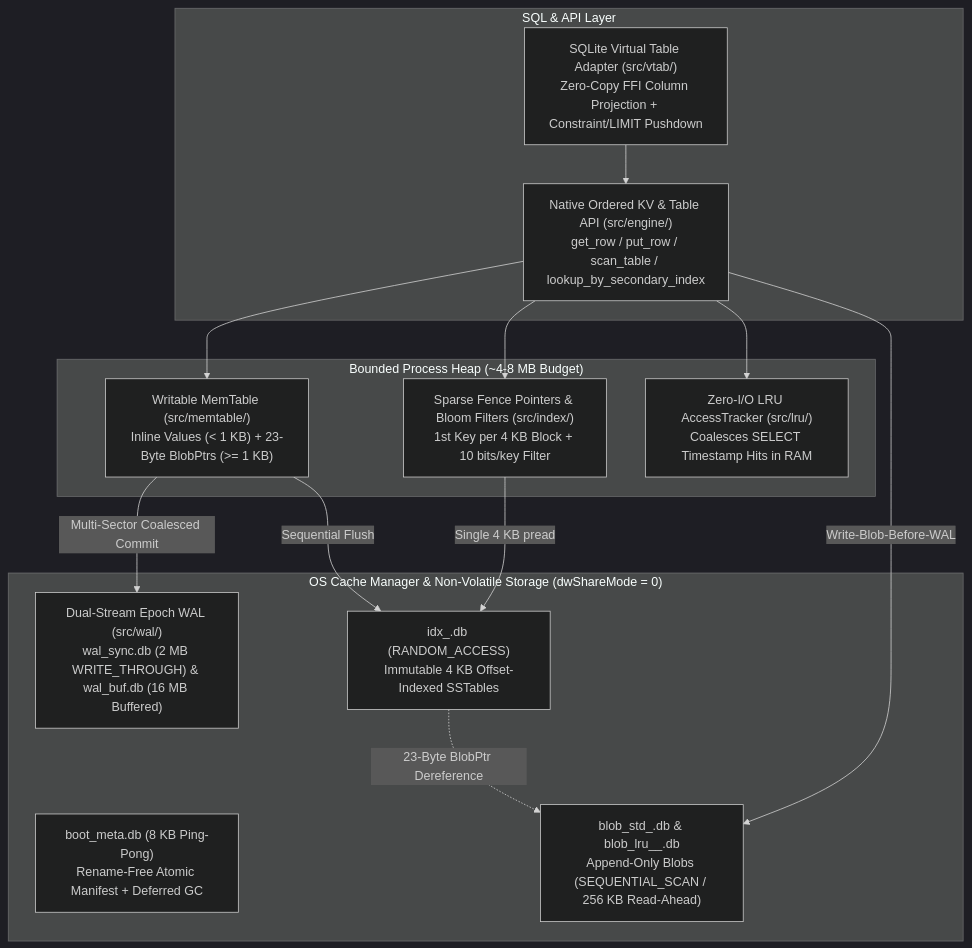
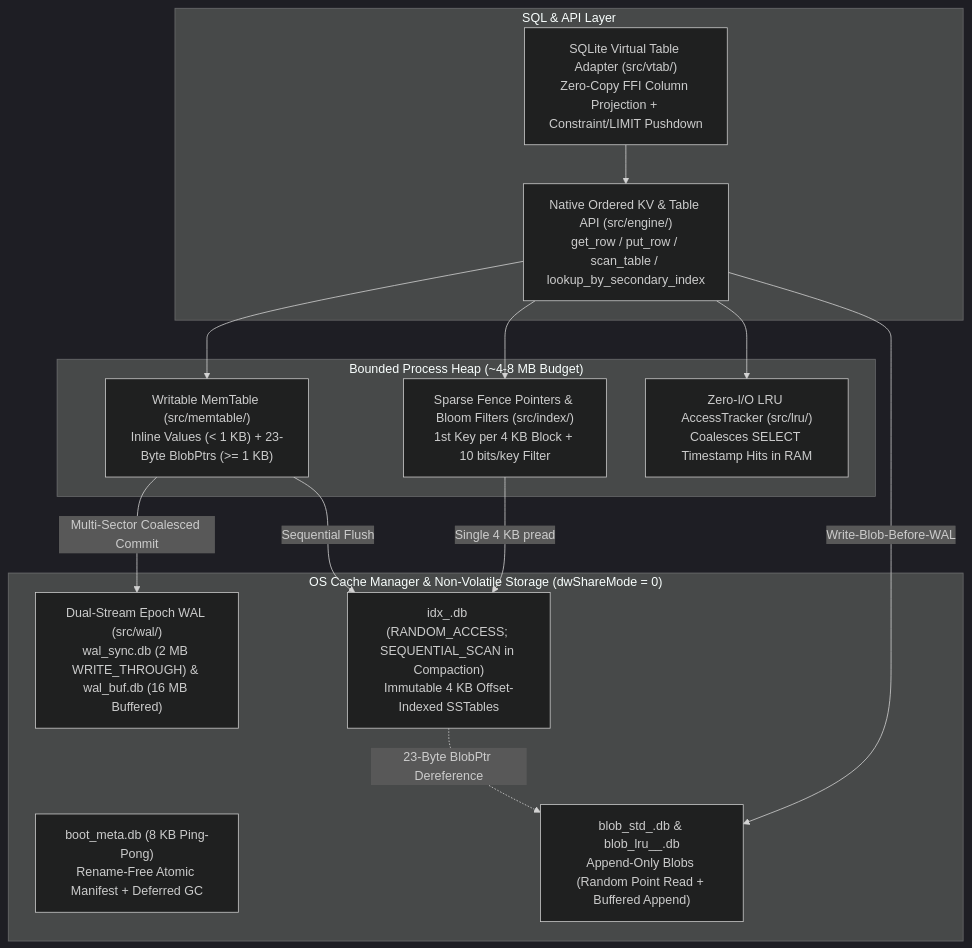
One commit to toyoshim-i/aydb changed the diagram in README.md. Above: the diagram before and after it, drawn with Mermaid (dark theme). The commit also changed other lines of this file and 28 other files, not shown here.

````diff
--- a/README.md
+++ b/README.md
@@ -15,30 +15,30 @@
 ```mermaid
 flowchart TB
     subgraph SQL["SQL & API Layer"]
         VTAB["SQLite Virtual Table Adapter (src/vtab/)<br/>Zero-Copy FFI Column Projection + Constraint/LIMIT Pushdown"]
         KVAPI["Native Ordered KV & Table API (src/engine/)<br/>get_row / put_row / scan_table / lookup_by_secondary_index"]
     end
 
     subgraph Memory["Bounded Process Heap (~4-8 MB Budget)"]
         MT["Writable MemTable (src/memtable/)<br/>Inline Values (< 1 KB) + 23-Byte BlobPtrs (>= 1 KB)"]
         FENCE["Sparse Fence Pointers & Bloom Filters (src/index/)<br/>1st Key per 4 KB Block + 10 bits/key Filter"]
         LRU["Zero-I/O LRU AccessTracker (src/lru/)<br/>Coalesces SELECT Timestamp Hits in RAM"]
     end
 
     subgraph Disk["OS Cache Manager & Non-Volatile Storage (dwShareMode = 0)"]
         META["boot_meta.db (8 KB Ping-Pong)<br/>Rename-Free Atomic Manifest + Deferred GC"]
         WAL["Dual-Stream Epoch WAL (src/wal/)<br/>wal_sync.db (2 MB WRITE_THROUGH) & wal_buf.db (16 MB Buffered)"]
-        IDX["idx_<SeqID>.db (RANDOM_ACCESS)<br/>Immutable 4 KB Offset-Indexed SSTables"]
-        BLOB["blob_std_<SeqID>.db & blob_lru_<TblID>_<SeqID>.db<br/>Append-Only Blobs (SEQUENTIAL_SCAN / 256 KB Read-Ahead)"]
+        IDX["idx_<SeqID>.db (RANDOM_ACCESS; SEQUENTIAL_SCAN in Compaction)<br/>Immutable 4 KB Offset-Indexed SSTables"]
+        BLOB["blob_std_<SeqID>.db & blob_lru_<TblID>_<SeqID>.db<br/>Append-Only Blobs (Random Point Read + Buffered Append)"]
     end
 
     VTAB --> KVAPI
     KVAPI --> MT
     KVAPI --> FENCE
     KVAPI --> LRU
     MT -->|"Multi-Sector Coalesced Commit"| WAL
     MT -->|"Sequential Flush"| IDX
     FENCE -->|"Single 4 KB pread"| IDX
     KVAPI -->|"Write-Blob-Before-WAL"| BLOB
     IDX -.->|"23-Byte BlobPtr Dereference"| BLOB
 ```
````
